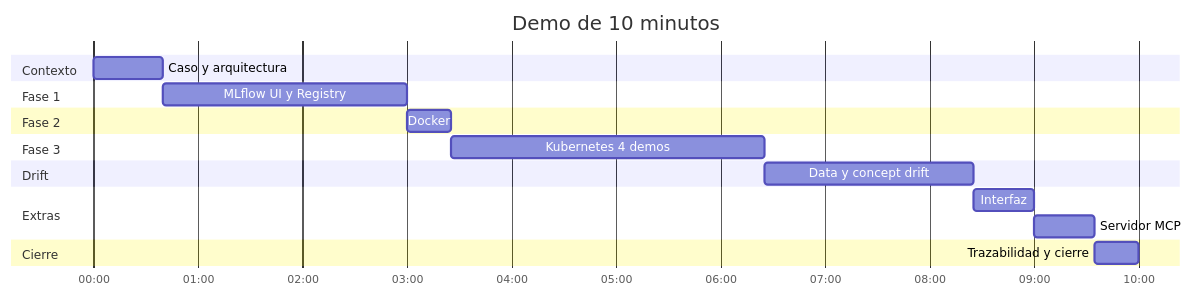
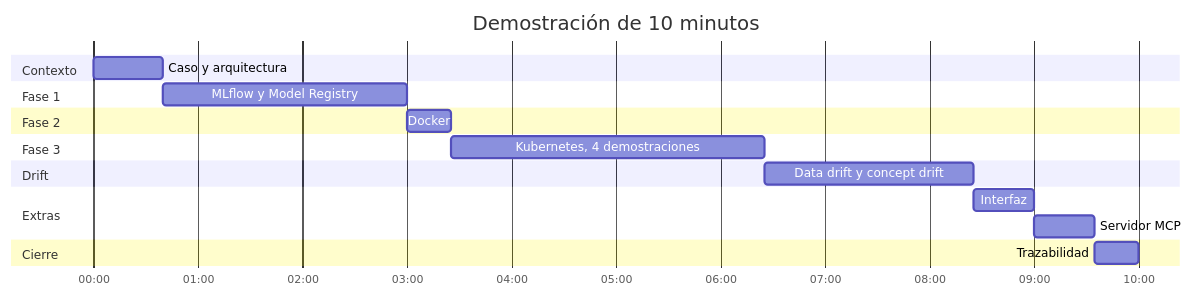
The diagram in docs/demo-10min.md (AcademicHumber/proyecto-final-mlops), drawn with Mermaid before and after one commit. The commit also changed other lines of this file and 3 other files, not shown here.

````diff
--- a/docs/demo-10min.md
+++ b/docs/demo-10min.md
@@ -5,21 +5,21 @@
 ```mermaid
 gantt
-    title Demo de 10 minutos
+    title Demostración de 10 minutos
     dateFormat mm:ss
     axisFormat %M:%S
     section Contexto
     Caso y arquitectura        :a1, 00:00, 40s
     section Fase 1
-    MLflow UI y Registry       :a2, after a1, 140s
+    MLflow y Model Registry    :a2, after a1, 140s
     section Fase 2
     Docker                     :a3, after a2, 25s
     section Fase 3
-    Kubernetes 4 demos         :a4, after a3, 180s
+    Kubernetes, 4 demostraciones :a4, after a3, 180s
     section Drift
-    Data y concept drift       :a5, after a4, 120s
+    Data drift y concept drift :a5, after a4, 120s
     section Extras
     Interfaz                   :a6, after a5, 35s
     Servidor MCP               :a7, after a6, 35s
     section Cierre
-    Trazabilidad y cierre      :a8, after a7, 25s
+    Trazabilidad               :a8, after a7, 25s
 ```
````
